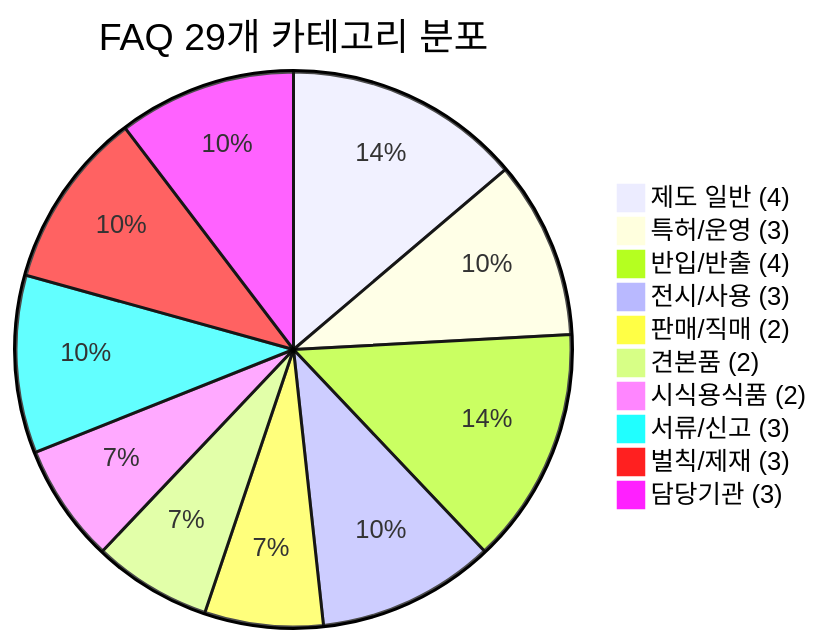
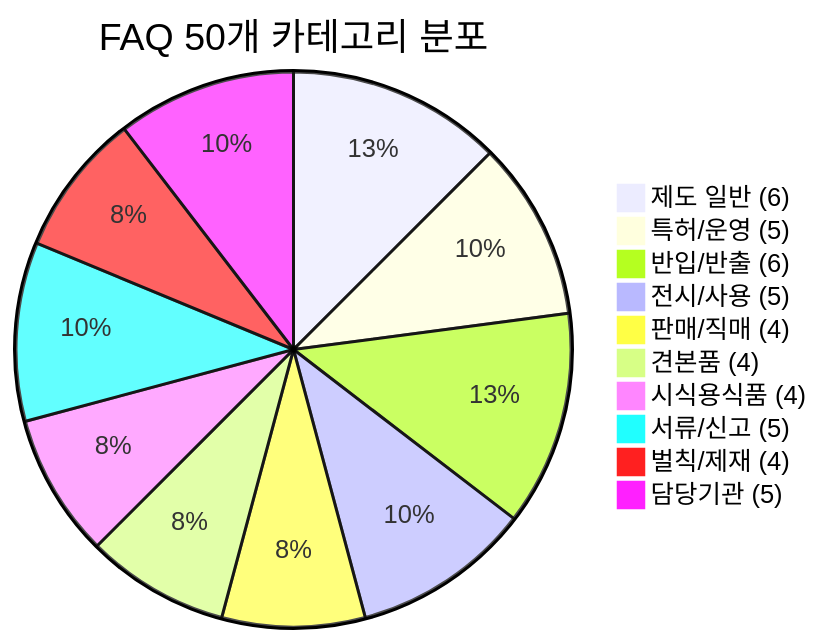
One commit to sun475300-sudo/bosebot changed the third of 6 diagrams in README.md. Above: the diagram before and after it, drawn with Mermaid. The commit also changed other lines of this file, not shown here.

First line of the commit message:
docs: README 최신화 - FAQ 50개, 멀티턴, TF-IDF, Docker, 관리자 대시보드 반영

````diff
--- a/README.md
+++ b/README.md
@@ -66,13 +89,13 @@
 ```mermaid
-pie title FAQ 29개 카테고리 분포
-    "제도 일반 (4)" : 4
-    "특허/운영 (3)" : 3
-    "반입/반출 (4)" : 4
-    "전시/사용 (3)" : 3
-    "판매/직매 (2)" : 2
-    "견본품 (2)" : 2
-    "시식용식품 (2)" : 2
-    "서류/신고 (3)" : 3
-    "벌칙/제재 (3)" : 3
-    "담당기관 (3)" : 3
+pie title FAQ 50개 카테고리 분포
+    "제도 일반 (6)" : 6
+    "특허/운영 (5)" : 5
+    "반입/반출 (6)" : 6
+    "전시/사용 (5)" : 5
+    "판매/직매 (4)" : 4
+    "견본품 (4)" : 4
+    "시식용식품 (4)" : 4
+    "서류/신고 (5)" : 5
+    "벌칙/제재 (4)" : 4
+    "담당기관 (5)" : 5
 ```
````
